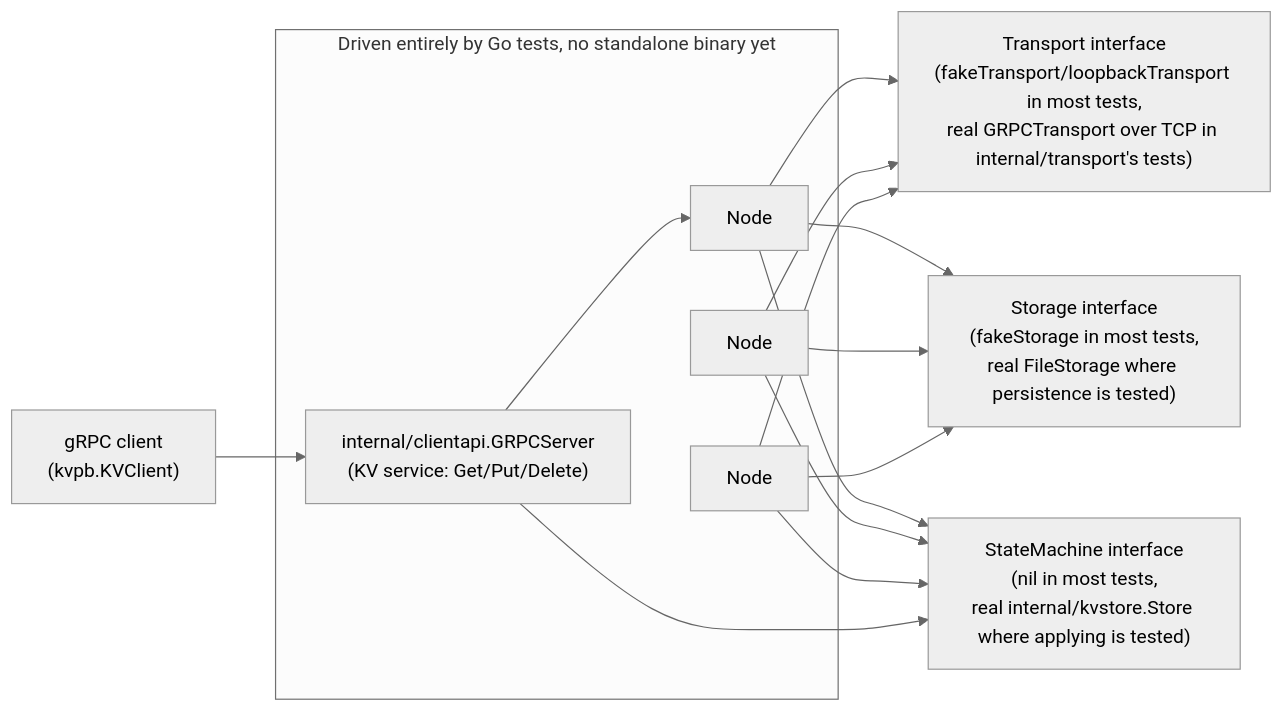
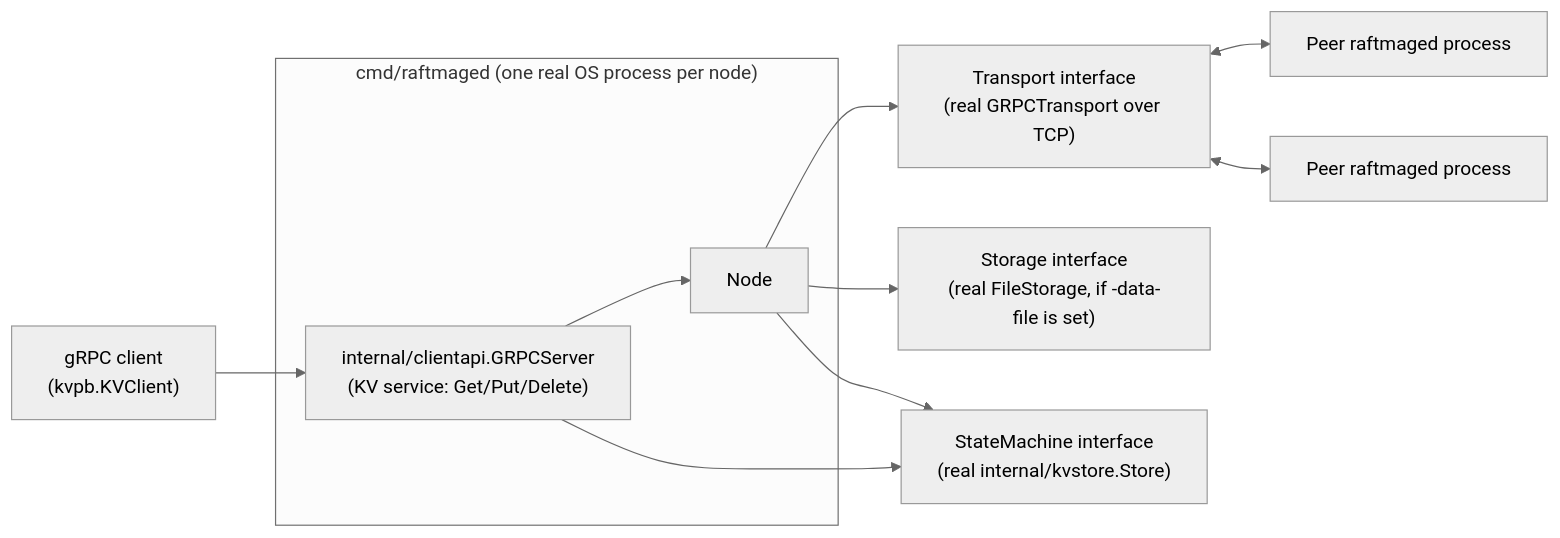
One commit to KayBee1880/RaftMage changed the diagram in README.md. Above: the diagram before and after it, drawn with Mermaid (neutral theme). The commit also changed other lines of this file and 1 other file, not shown here.

Commit message:
Update docs for cmd/ entrypoint milestone

````diff
--- a/README.md
+++ b/README.md
@@ -62,25 +63,21 @@
 ```mermaid
 graph LR
     Client["gRPC client<br/>(kvpb.KVClient)"]
-    subgraph "Driven entirely by Go tests, no standalone binary yet"
+    subgraph "cmd/raftmaged (one real OS process per node)"
         CA["internal/clientapi.GRPCServer<br/>(KV service: Get/Put/Delete)"]
-        N1["Node"]
-        N2["Node"]
-        N3["Node"]
+        N["Node"]
     end
-    TP["Transport interface<br/>(fakeTransport/loopbackTransport in most tests,<br/>real GRPCTransport over TCP in internal/transport's tests)"]
-    ST["Storage interface<br/>(fakeStorage in most tests,<br/>real FileStorage where persistence is tested)"]
-    SM["StateMachine interface<br/>(nil in most tests,<br/>real internal/kvstore.Store where applying is tested)"]
+    TP["Transport interface<br/>(real GRPCTransport over TCP)"]
+    ST["Storage interface<br/>(real FileStorage, if -data-file is set)"]
+    SM["StateMachine interface<br/>(real internal/kvstore.Store)"]
+    Peer1["Peer raftmaged process"]
+    Peer2["Peer raftmaged process"]
     Client --> CA
-    CA --> N1
-    N1 --> TP
-    N2 --> TP
-    N3 --> TP
-    N1 --> ST
-    N2 --> ST
-    N3 --> ST
-    N1 --> SM
-    N2 --> SM
-    N3 --> SM
+    CA --> N
     CA --> SM
+    N --> TP
+    N --> ST
+    N --> SM
+    TP <--> Peer1
+    TP <--> Peer2
 ```
````
